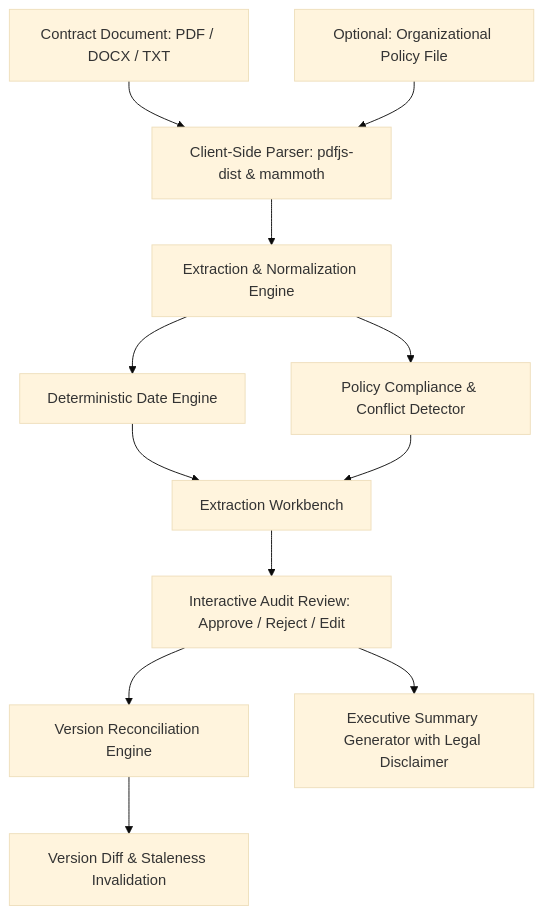
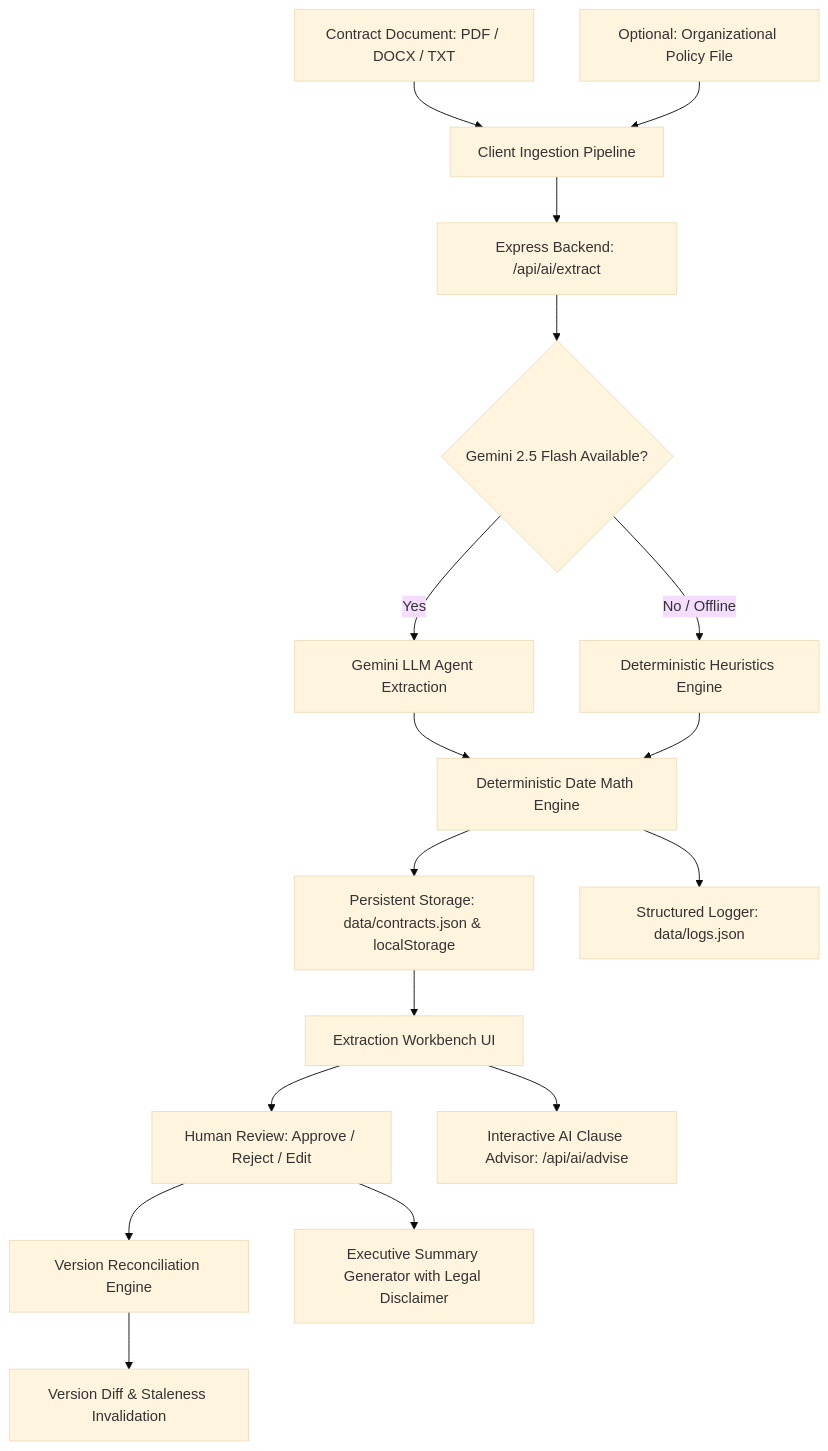
One commit to raushankr121/Contract-Analyzer changed the diagram in README.md. Above: the diagram before and after it, drawn with Mermaid (base theme). The commit also changed other lines of this file and 16 other files, not shown here.

Commit message:
feat: full-stack Express backend, Gemini AI Agent, dual persistence, structured logs, and tests

````diff
--- a/README.md
+++ b/README.md
@@ -84,14 +105,19 @@
 ```mermaid
 graph TD
-    A[Contract Document: PDF / DOCX / TXT] --> B[Client-Side Parser: pdfjs-dist & mammoth]
+    A[Contract Document: PDF / DOCX / TXT] --> B[Client Ingestion Pipeline]
     P[Optional: Organizational Policy File] --> B
-    B --> C[Extraction & Normalization Engine]
-    C --> D[Deterministic Date Engine]
-    C --> E[Policy Compliance & Conflict Detector]
-    D --> F[Extraction Workbench]
-    E --> F
-    F --> G[Interactive Audit Review: Approve / Reject / Edit]
-    G --> H[Version Reconciliation Engine]
-    H --> I[Version Diff & Staleness Invalidation]
-    G --> J[Executive Summary Generator with Legal Disclaimer]
+    B --> C[Express Backend: /api/ai/extract]
+    C --> D{Gemini 2.5 Flash Available?}
+    D -- Yes --> E[Gemini LLM Agent Extraction]
+    D -- No / Offline --> F[Deterministic Heuristics Engine]
+    E --> G[Deterministic Date Math Engine]
+    F --> G
+    G --> H[Persistent Storage: data/contracts.json & localStorage]
+    G --> I[Structured Logger: data/logs.json]
+    H --> J[Extraction Workbench UI]
+    J --> K[Human Review: Approve / Reject / Edit]
+    K --> L[Version Reconciliation Engine]
+    L --> M[Version Diff & Staleness Invalidation]
+    J --> N[Interactive AI Clause Advisor: /api/ai/advise]
+    K --> O[Executive Summary Generator with Legal Disclaimer]
 ```
````
